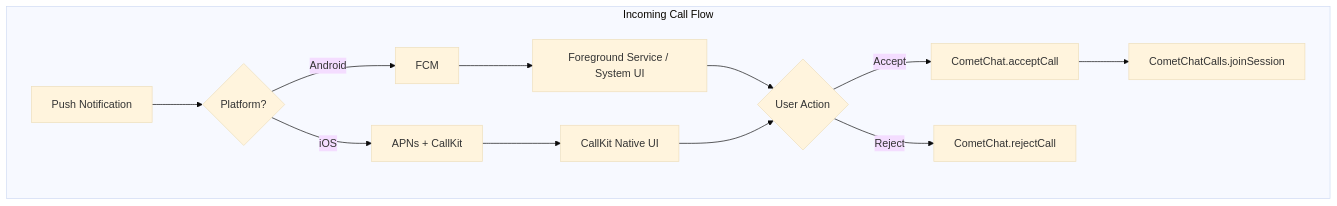
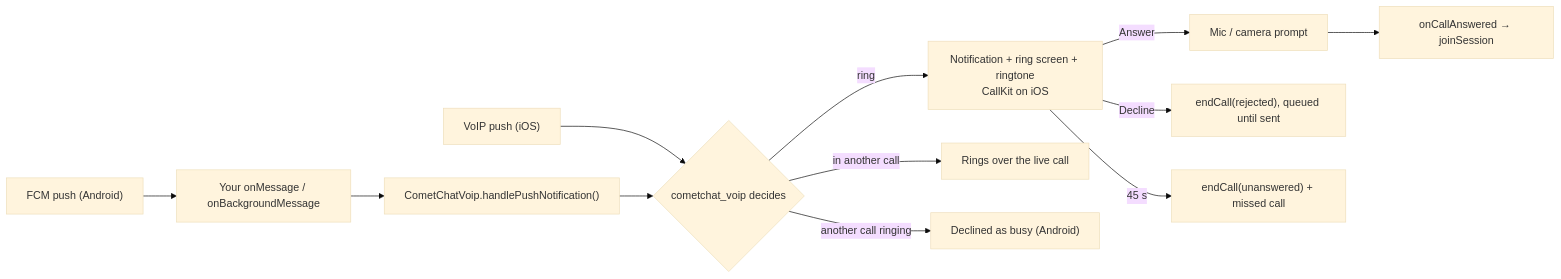
One commit to cometchat/docs changed the diagram in calls/flutter/voip-calling.mdx. Above: the diagram before and after it, drawn with Mermaid (base theme). The commit also changed other lines of this file and 9 other files, not shown here.

First line of the commit message:
docs(calls): Flutter ringing on Calls SDK 5.1 and cometchat_voip

````diff
--- a/calls/flutter/voip-calling.mdx
+++ b/calls/flutter/voip-calling.mdx
@@ -18,15 +12,14 @@
 ```mermaid
-flowchart TB
-    subgraph "Incoming Call Flow"
-        A[Push Notification] --> B{Platform?}
-        B -->|Android| C[FCM]
-        B -->|iOS| D[APNs + CallKit]
-        C --> E[Foreground Service / System UI]
-        D --> F[CallKit Native UI]
-        E --> G{User Action}
-        F --> G
-        G -->|Accept| H[CometChat.acceptCall]
-        G -->|Reject| I[CometChat.rejectCall]
-        H --> J[CometChatCalls.joinSession]
-    end
+flowchart LR
+    FCM["FCM push (Android)"] --> S["Your onMessage / onBackgroundMessage"]
+    S --> H["CometChatVoip.handlePushNotification()"]
+    VOIP["VoIP push (iOS)"] --> D
+    H --> D{cometchat_voip decides}
+    D -->|ring| R["Notification + ring screen + ringtone<br/>CallKit on iOS"]
+    D -->|in another call| W[Rings over the live call]
+    D -->|another call ringing| B["Declined as busy (Android)"]
+    R -->|Answer| P[Mic / camera prompt]
+    P --> A["onCallAnswered → joinSession"]
+    R -->|Decline| Q["endCall(rejected), queued until sent"]
+    R -->|45 s| T["endCall(unanswered) + missed call"]
 ```
````
